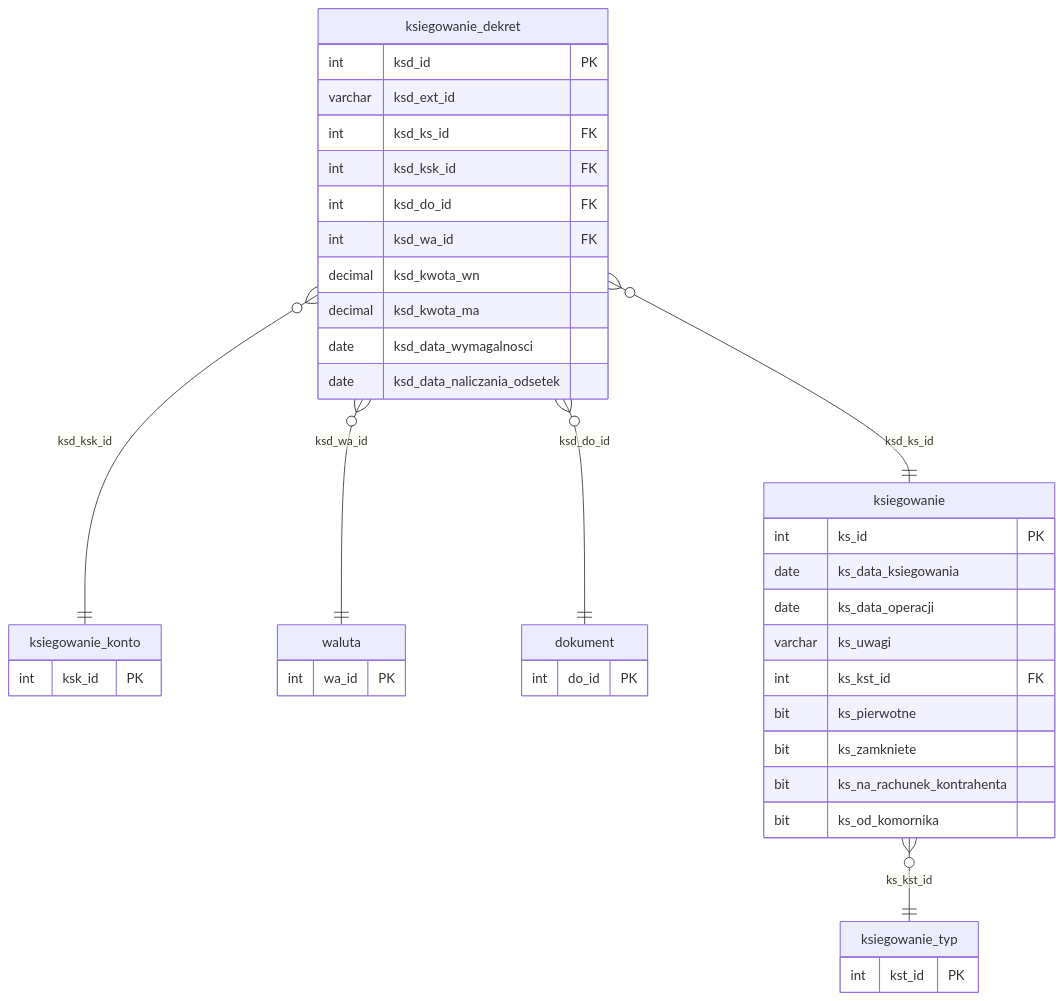
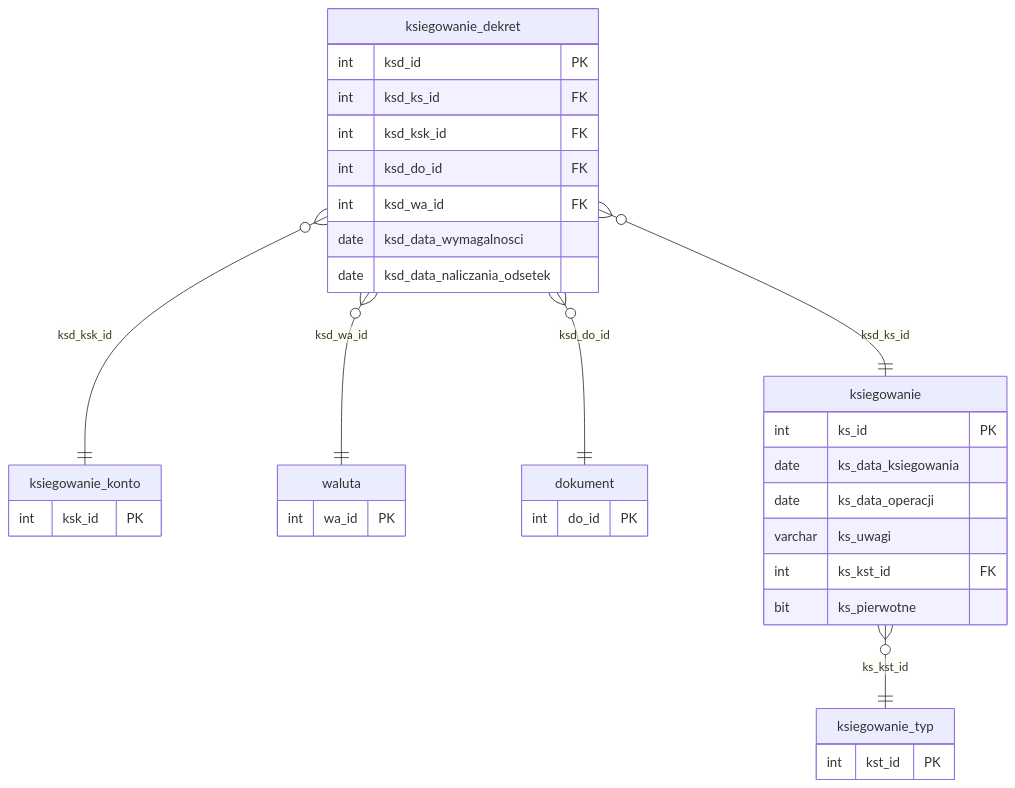
Before and after one commit to oskar-bialek-bakk/intrum-migration-docs: the diagram in docs/struktura-stagingu/finanse.md, drawn with Mermaid. The commit also changed other lines of this file and 21 other files, not shown here.

````diff
--- a/docs/struktura-stagingu/finanse.md
+++ b/docs/struktura-stagingu/finanse.md
@@ -22,49 +22,43 @@
 ```mermaid
 erDiagram
     ksiegowanie_typ {
         int     kst_id    PK
     }
 
     ksiegowanie_konto {
         int     ksk_id    PK
     }
 
     waluta {
         int     wa_id     PK
     }
 
     dokument {
         int     do_id     PK
     }
 
     ksiegowanie {
         int      ks_id                      PK
         date     ks_data_ksiegowania
         date     ks_data_operacji
         varchar  ks_uwagi
         int      ks_kst_id                  FK
         bit      ks_pierwotne
-        bit      ks_zamkniete
-        bit      ks_na_rachunek_kontrahenta
-        bit      ks_od_komornika
     }
 
     ksiegowanie_dekret {
         int      ksd_id                      PK
-        varchar  ksd_ext_id
         int      ksd_ks_id                   FK
         int      ksd_ksk_id                  FK
         int      ksd_do_id                   FK
         int      ksd_wa_id                   FK
-        decimal  ksd_kwota_wn
-        decimal  ksd_kwota_ma
         date     ksd_data_wymagalnosci
         date     ksd_data_naliczania_odsetek
     }
 
     ksiegowanie         }o--||  ksiegowanie_typ    : "ks_kst_id"
     ksiegowanie_dekret  }o--||  ksiegowanie        : "ksd_ks_id"
     ksiegowanie_dekret  }o--||  ksiegowanie_konto  : "ksd_ksk_id"
     ksiegowanie_dekret  }o--||  dokument           : "ksd_do_id"
     ksiegowanie_dekret  }o--||  waluta             : "ksd_wa_id"
 ```
````
